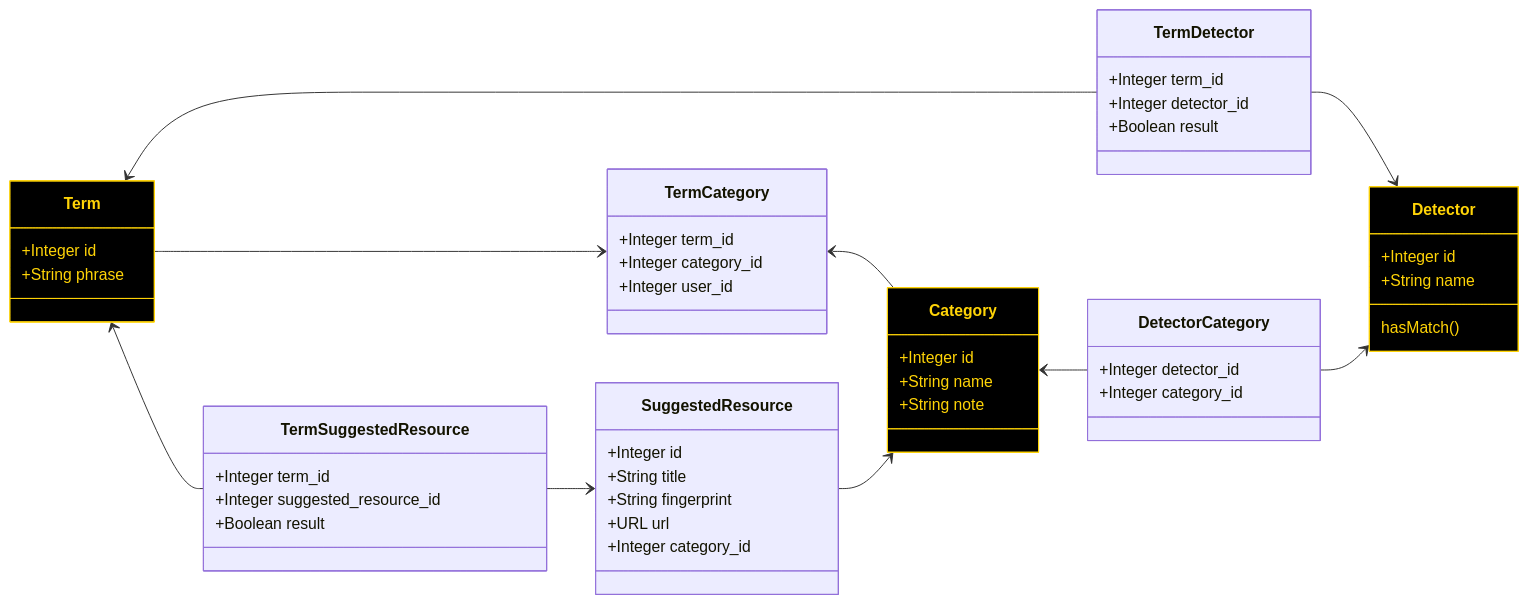
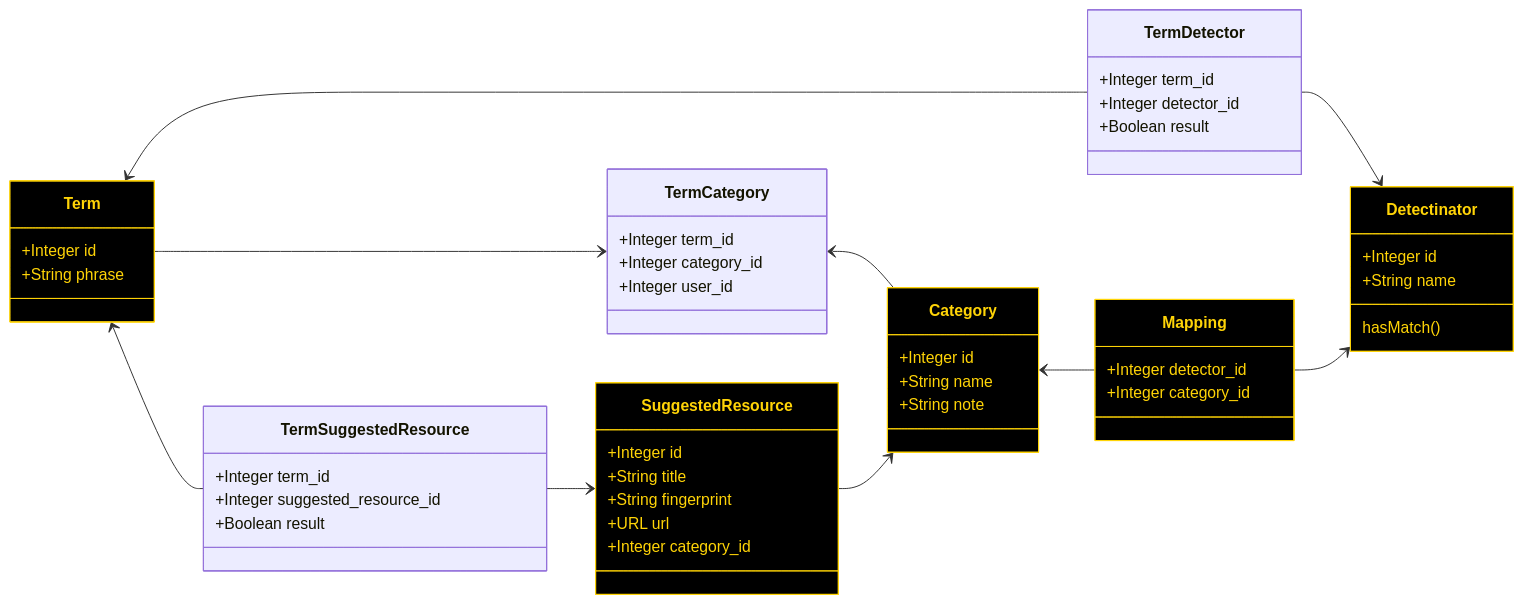
Before and after one commit to MITLibraries/tacos: the fourth of 5 diagrams in docs/reference/classes.md, drawn with Mermaid. The commit also changed 17 other files, not shown here.

First line of the commit message:
Add Category, Detectinator, and Mapping between them

````diff
--- a/docs/reference/classes.md
+++ b/docs/reference/classes.md
@@ -174,58 +174,60 @@
 ```mermaid
 classDiagram
   direction LR
 
   Term >-- TermDetector
-  TermDetector --> Detector
-  Category <-- DetectorCategory
-  DetectorCategory --> Detector
+  TermDetector --> Detectinator
+  Category <-- Mapping
+  Mapping --> Detectinator
   Term --> TermCategory
   TermCategory <-- Category
   SuggestedResource --> Category
   Term <-- TermSuggestedResource
   TermSuggestedResource --> SuggestedResource
 
   class Term:::primarytable
     Term: +Integer id
     Term: +String phrase
 
   class TermDetector
     TermDetector: +Integer term_id
     TermDetector: +Integer detector_id
     TermDetector: +Boolean result
 
-  class Detector
-    Detector: +Integer id
-    Detector: +String name
-    Detector: hasMatch()
+  class Detectinator
+    Detectinator: +Integer id
+    Detectinator: +String name
+    Detectinator: hasMatch()
 
   class Category
     Category: +Integer id
     Category: +String name
     Category: +String note
 
-  class DetectorCategory
-    DetectorCategory: +Integer detector_id
-    DetectorCategory: +Integer category_id
+  class Mapping
+    Mapping: +Integer detector_id
+    Mapping: +Integer category_id
 
   class TermCategory
     TermCategory: +Integer term_id
     TermCategory: +Integer category_id
     TermCategory: +Integer user_id
 
   class SuggestedResource
     SuggestedResource: +Integer id
     SuggestedResource: +String title
     SuggestedResource: +String fingerprint
     SuggestedResource: +URL url
     SuggestedResource: +Integer category_id
 
   class TermSuggestedResource
     TermSuggestedResource: +Integer term_id
     TermSuggestedResource: +Integer suggested_resource_id
     TermSuggestedResource: +Boolean result
 
   style Category fill:#000,stroke:#ffd407,color:#ffd407
-  style Detector fill:#000,stroke:#ffd407,color:#ffd407
+  style Detectinator fill:#000,stroke:#ffd407,color:#ffd407
   style Term fill:#000,stroke:#ffd407,color:#ffd407
+  style Mapping fill:#000,stroke:#ffd407,color:#ffd407
+  style SuggestedResource fill:#000,stroke:#ffd407,color:#ffd407
 ```
````
